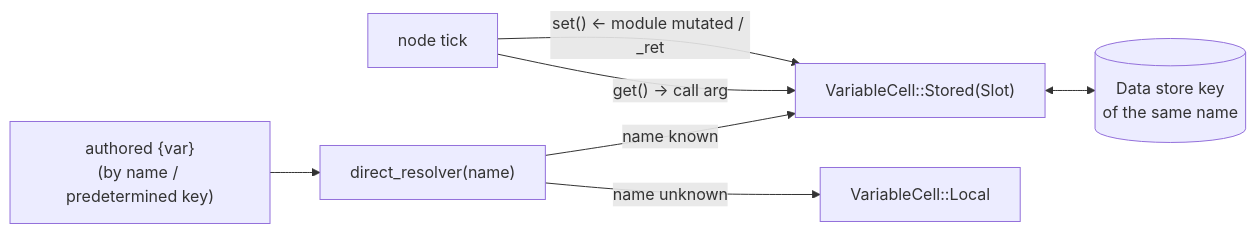
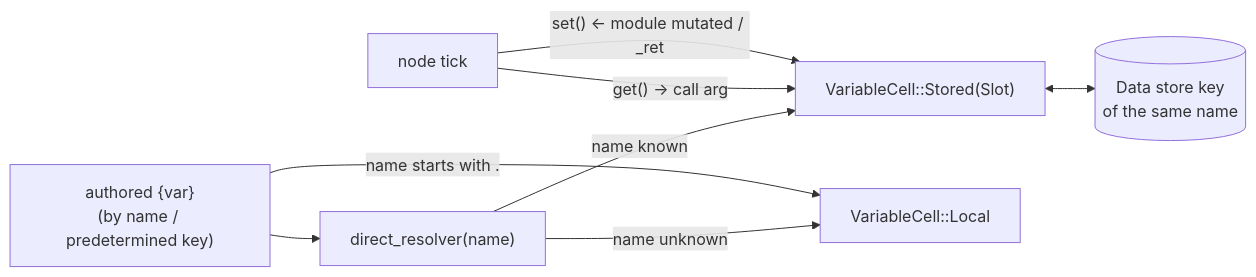
One commit to semio-ai/arora-sdk changed the second of 2 diagrams in crates/arora-behavior-tree/docs/nodes.md. Above: the diagram before and after it, drawn with Mermaid. The commit also changed other lines of this file and 12 other files, not shown here.

````diff
--- a/crates/arora-behavior-tree/docs/nodes.md
+++ b/crates/arora-behavior-tree/docs/nodes.md
@@ -106,9 +108,10 @@
 ```mermaid
 flowchart LR
   authored["authored {var}<br/>(by name / predetermined key)"] --> resolve["direct_resolver(name)"]
   resolve -- "name known" --> stored["VariableCell::Stored(Slot)"]
   resolve -- "name unknown" --> local["VariableCell::Local"]
+  authored -- "name starts with ." --> local
   stored <--> store[("Data store key<br/>of the same name")]
   node["node tick"] -- "get() → call arg" --> stored
   node -- "set() ← module mutated / _ret" --> stored
 ```
````
